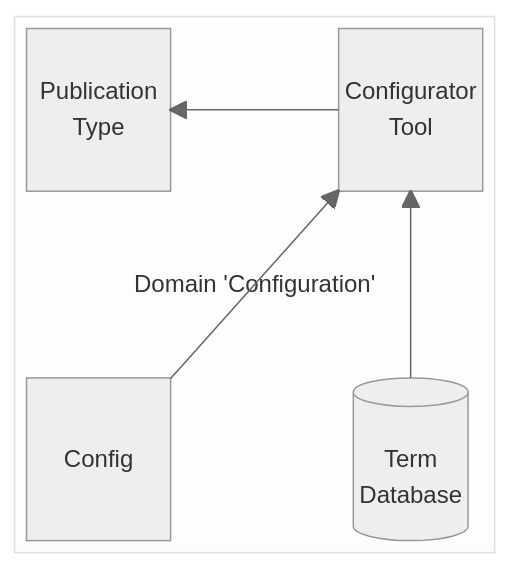
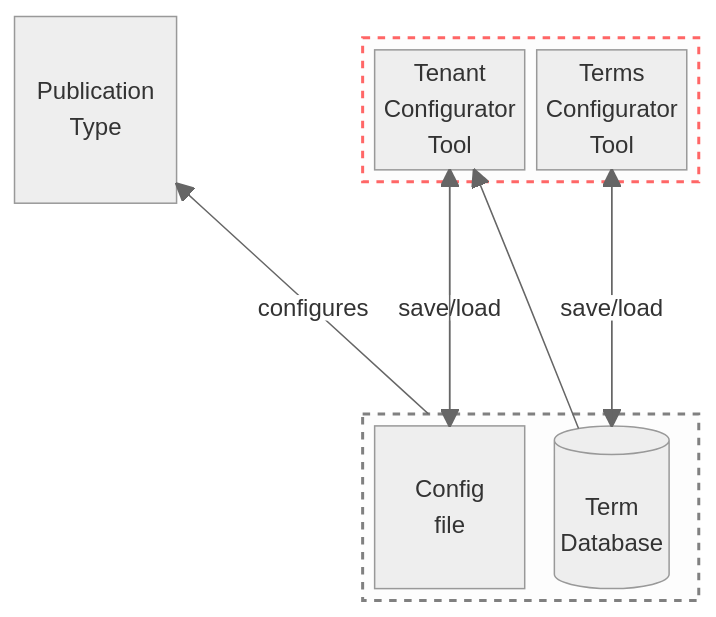
Before and after one commit to officialgazette/publication-configurator: the diagram in README.md, drawn with Mermaid. The commit also changed other lines of this file, not shown here.

````diff
--- a/README.md
+++ b/README.md
@@ -4,26 +4,42 @@
 ```mermaid
 
 %%{
   init: {
     'theme': 'neutral'
   }
 }%%
 
 block-beta
-block:domain["Domain 'Configuration'"]
-pubType["Publication
-Type"]
-columns 3
-space
-configTool["Configurator
+columns 4
+  pubType["Publication
+Type"] space
+block:scope:2
+configTool["Tenant
+Configurator
 Tool"]
-space:3
-Config space termDB[("
+termsConfig["Terms
+Configurator
+Tool"]
+end
+space:6
+block:outOfScope:2
+Config["Config
+file"]
+termDB[("
 Term
 Database")]
+end
 
-end
-Config-->configTool
+
+Config--"save/load"-->configTool
+configTool-->Config
 termDB-->configTool
-configTool-->pubType
+outOfScope--"configures"-->pubType
+termsConfig-->termDB
+termDB--"save/load"-->termsConfig
+
+
+
+style scope stroke:#f66,stroke-width:2px,color:#fff,stroke-dasharray: 5 5
+style outOfScope stroke:grey,stroke-width:2px,color:#fff,stroke-dasharray: 5 5
 ```
````
